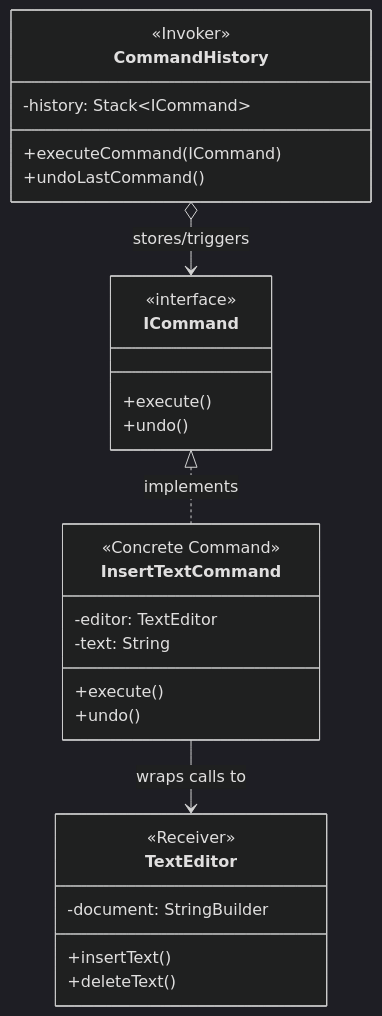
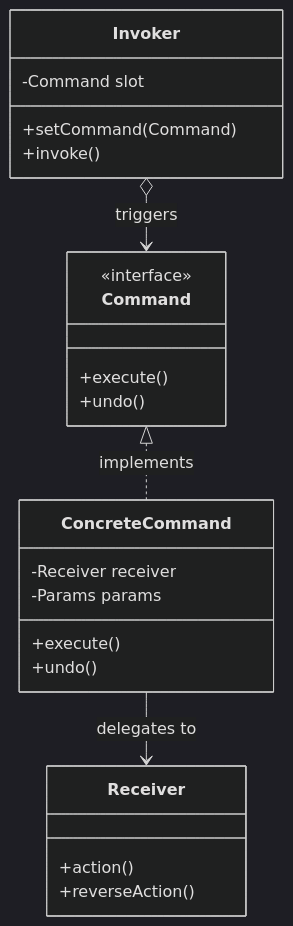
Before and after one commit to prasenjeet-0322/engineering-design-vault: the first of 2 diagrams in lld/03-Behavioral/05-Command Design Pattern/README.md, drawn with Mermaid (dark theme). The commit also changed other lines of this file and 78 other files, not shown here.

````diff
--- a/lld/03-Behavioral/05-Command Design Pattern/README.md
+++ b/lld/03-Behavioral/05-Command Design Pattern/README.md
@@ -21,34 +30,30 @@
 ```mermaid
 classDiagram
-    class CommandHistory {
-        <<Invoker>>
-        -history: Stack~ICommand~
-        +executeCommand(ICommand)
-        +undoLastCommand()
+    class Invoker {
+        -Command slot
+        +setCommand(Command)
+        +invoke()
     }
 
-    class ICommand {
+    class Command {
         <<interface>>
         +execute()
         +undo()
     }
 
-    class InsertTextCommand {
-        <<Concrete Command>>
-        -editor: TextEditor
-        -text: String
+    class ConcreteCommand {
+        -Receiver receiver
+        -Params params
         +execute()
         +undo()
     }
 
-    class TextEditor {
-        <<Receiver>>
-        -document: StringBuilder
-        +insertText()
-        +deleteText()
+    class Receiver {
+        +action()
+        +reverseAction()
     }
 
-    CommandHistory o--> ICommand : stores/triggers
-    ICommand <|.. InsertTextCommand : implements
-    InsertTextCommand --> TextEditor : wraps calls to 
+    Invoker o--> Command : triggers
+    Command <|.. ConcreteCommand : implements
+    ConcreteCommand --> Receiver : delegates to
 ```
````
